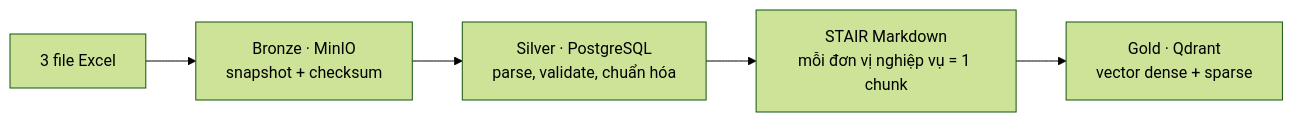
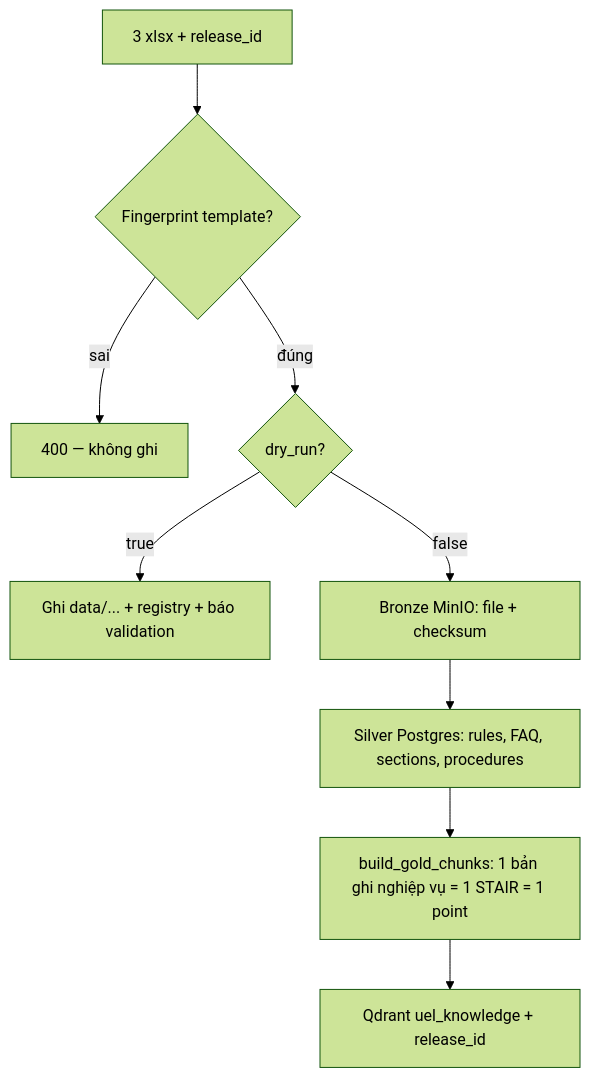
One commit to LeGiaVan/UEL-Innovation changed the sixth of 10 diagrams in PITCH.md. Above: the diagram before and after it, drawn with Mermaid (forest theme). The commit also changed other lines of this file, not shown here.

````diff
--- a/PITCH.md
+++ b/PITCH.md
@@ -249,7 +258,11 @@
 ```mermaid
-flowchart LR
-  XLSX["3 file Excel"] --> BR["Bronze · MinIO<br/>snapshot + checksum"]
-  BR --> SV["Silver · PostgreSQL<br/>parse, validate, chuẩn hóa"]
-  SV --> ST["STAIR Markdown<br/>mỗi đơn vị nghiệp vụ = 1 chunk"]
-  ST --> GD["Gold · Qdrant<br/>vector dense + sparse"]
+flowchart TD
+  X["3 xlsx + release_id"] --> FP{"Fingerprint template?"}
+  FP -->|sai| REJ["400 — không ghi"]
+  FP -->|đúng| DRY{"dry_run?"}
+  DRY -->|true| VAL["Ghi data/... + registry + báo validation"]
+  DRY -->|false| BR["Bronze MinIO: file + checksum"]
+  BR --> SV["Silver Postgres: rules, FAQ, sections, procedures"]
+  SV --> ST["build_gold_chunks: 1 bản ghi nghiệp vụ = 1 STAIR = 1 point"]
+  ST --> QD["Qdrant uel_knowledge + release_id"]
 ```
````
